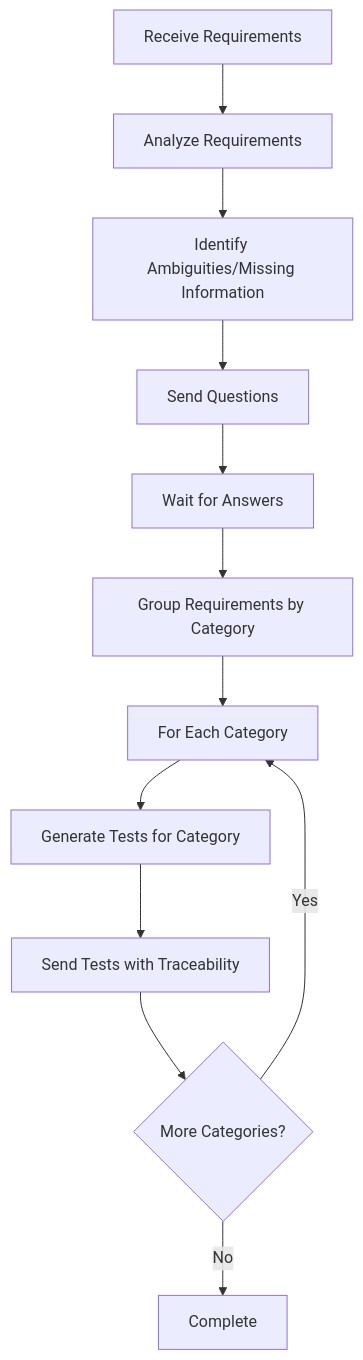
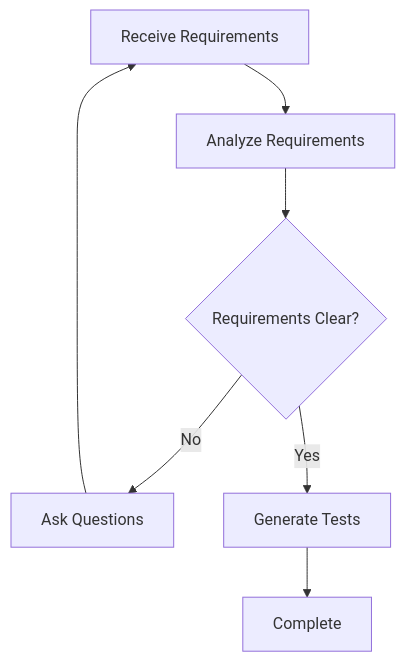
The diagram in src/tester/README.md (Moonsong-Labs/ai-nexus), drawn with Mermaid before and after one commit. The commit also changed 1 other file, not shown here.

````diff
--- a/src/tester/README.md
+++ b/src/tester/README.md
@@ -16,14 +16,9 @@
 ```mermaid
 flowchart TD
     A[Receive Requirements] --> B[Analyze Requirements]
-    B --> C[Identify Ambiguities/Missing Information]
-    C --> D[Send Questions]
-    D --> E[Wait for Answers]
-    E --> F[Group Requirements by Category]
-    F --> G[For Each Category]
-    G --> H[Generate Tests for Category]
-    H --> I[Send Tests with Traceability]
-    I --> J{More Categories?}
-    J -->|Yes| G
-    J -->|No| K[Complete]
+    B --> C{Requirements Clear?}
+    C -->|No| D[Ask Questions]
+    D --> A
+    C -->|Yes| E[Generate Tests]
+    E --> F[Complete]
 ```
````
